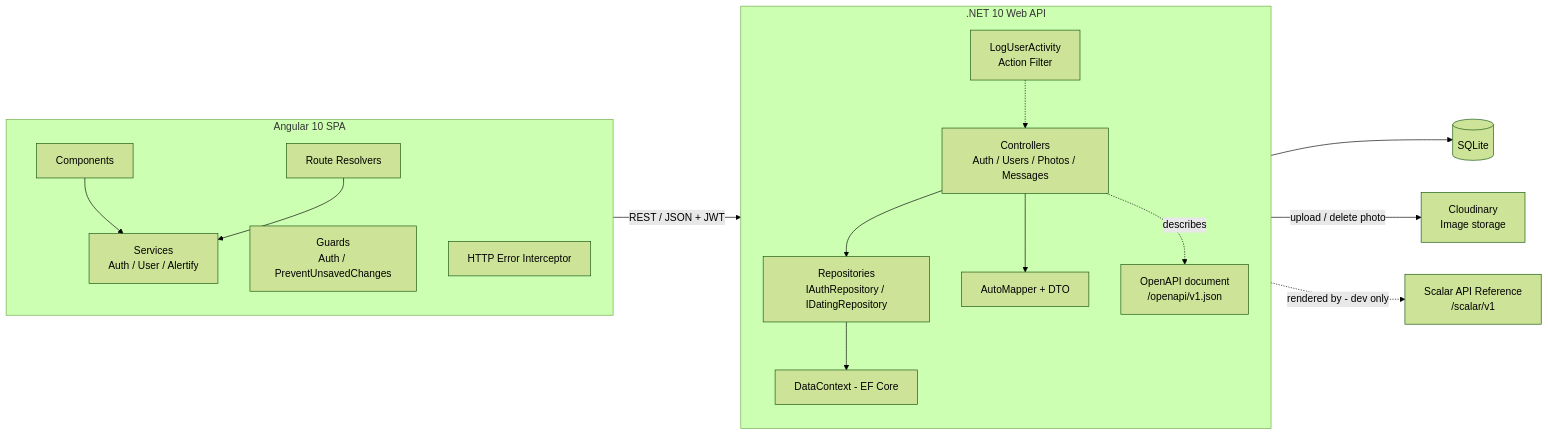
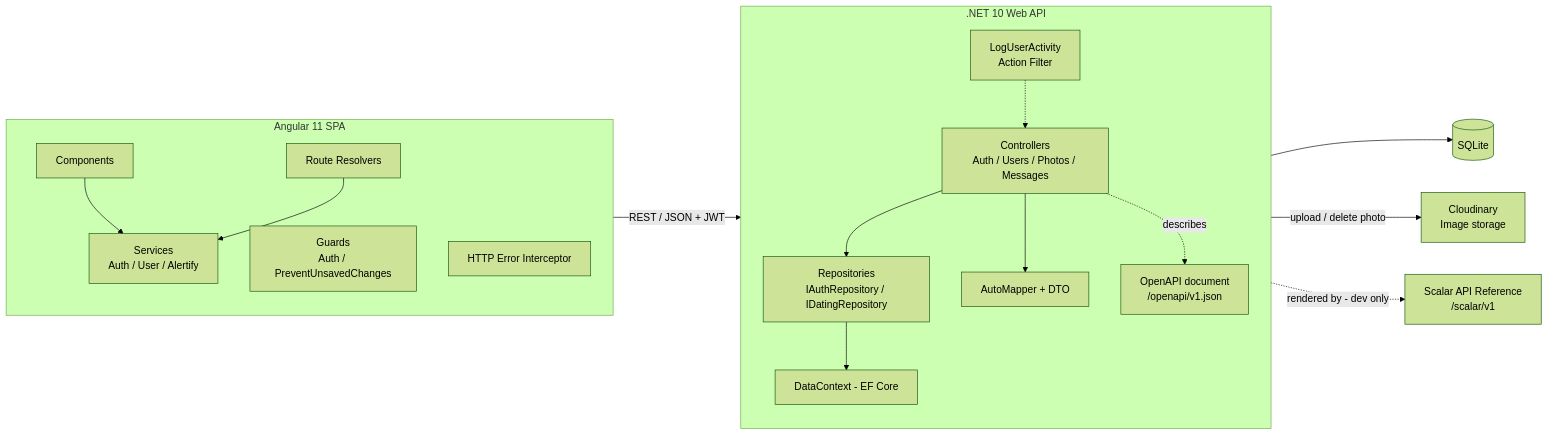
One commit to NisanurBulut/KimOkurAPP changed the first of 5 diagrams in README.md. Above: the diagram before and after it, drawn with Mermaid (forest theme). The commit also changed other lines of this file, not shown here.

Commit message:
chore: update Angular version from 10 to 11 in README.md

````diff
--- a/README.md
+++ b/README.md
@@ -74,29 +74,29 @@
 ```mermaid
 flowchart LR
-    subgraph SPA["Angular 10 SPA"]
+    subgraph SPA["Angular 11 SPA"]
         direction TB
         CMP["Components"] --> SRV["Services<br/>Auth / User / Alertify"]
         RES["Route Resolvers"] --> SRV
         GRD["Guards<br/>Auth / PreventUnsavedChanges"]
         INT["HTTP Error Interceptor"]
     end
 
     subgraph API[".NET 10 Web API"]
         direction TB
         CTR["Controllers<br/>Auth / Users / Photos / Messages"] --> REP["Repositories<br/>IAuthRepository / IDatingRepository"]
         CTR --> MAP["AutoMapper + DTO"]
         FLT["LogUserActivity<br/>Action Filter"] -.-> CTR
         REP --> CTX["DataContext - EF Core"]
         OAS["OpenAPI document<br/>/openapi/v1.json"]
     end
 
     DB[("SQLite")]
     CLD["Cloudinary<br/>Image storage"]
     SCL["Scalar API Reference<br/>/scalar/v1"]
 
     SRV -->|"REST / JSON + JWT"| CTR
     CTX --> DB
     CTR -->|"upload / delete photo"| CLD
     CTR -.->|"describes"| OAS
     OAS -.->|"rendered by - dev only"| SCL
 ```
````
